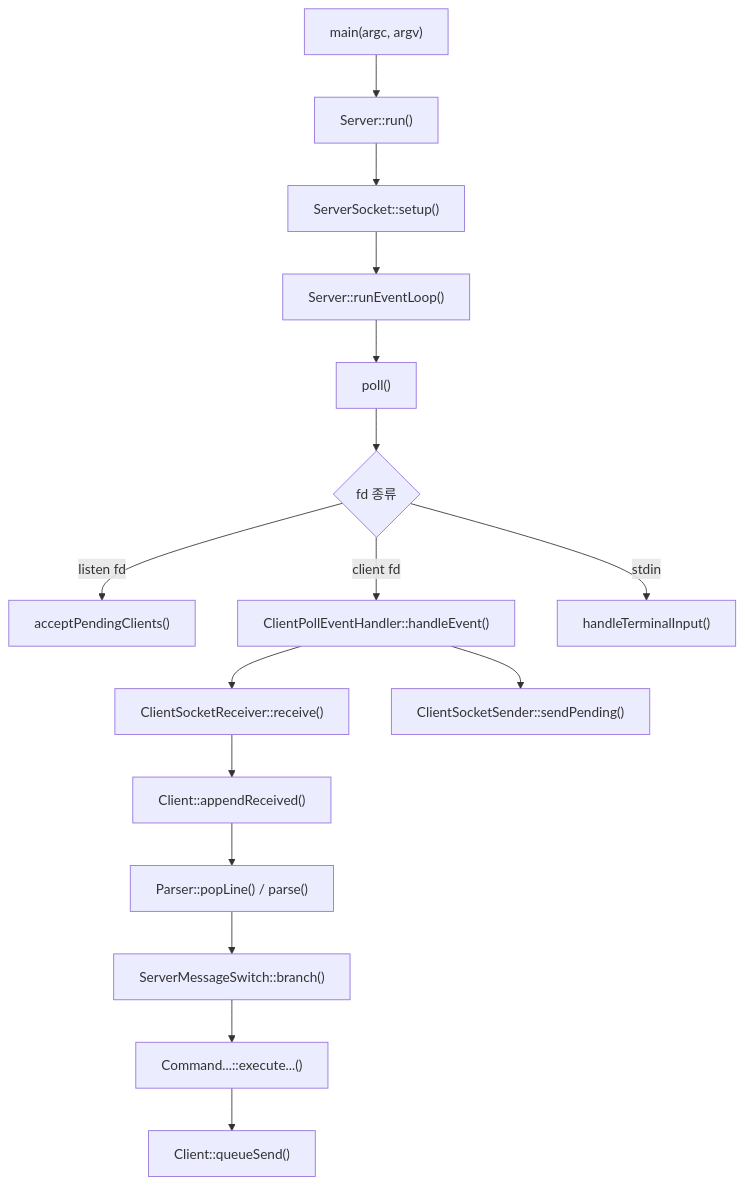
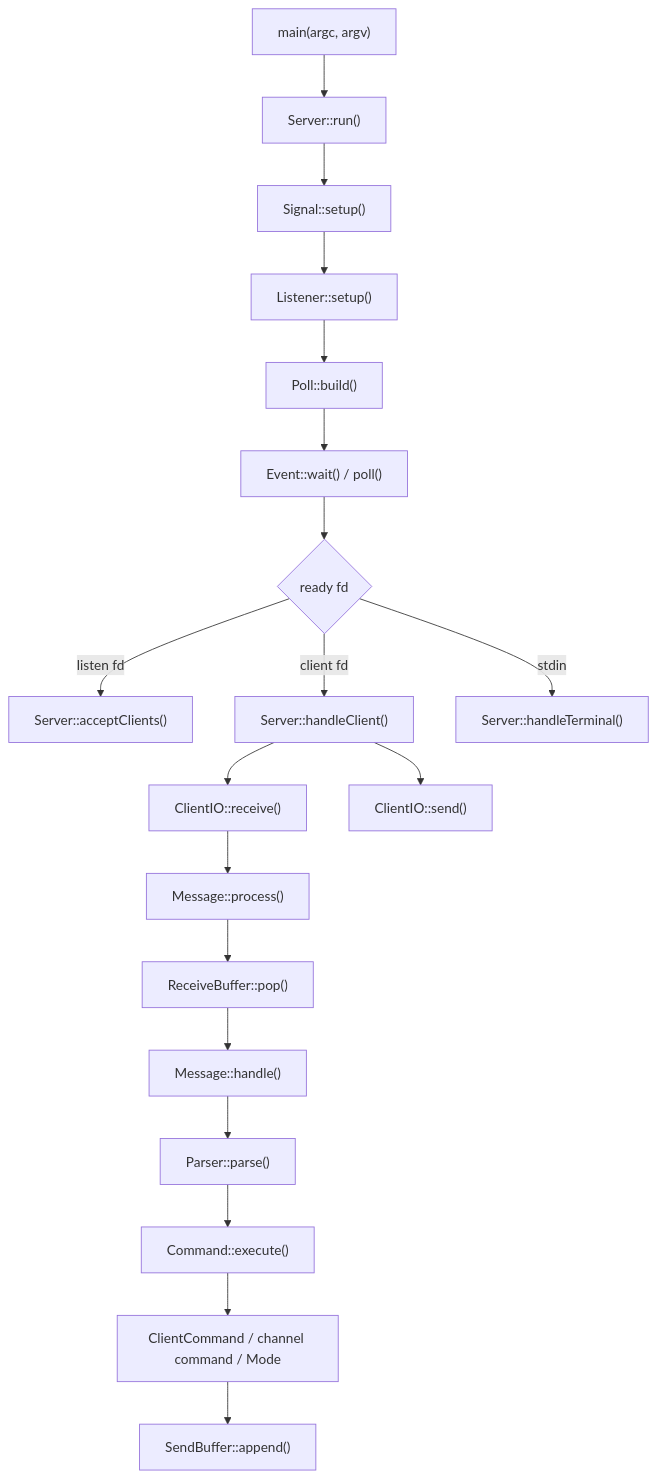
Before and after one commit to LeeBottle/42_ft_irc: the diagram in irc-module-guide.md, drawn with Mermaid. The commit also changed other lines of this file and 113 other files, not shown here.

````diff
--- a/irc-module-guide.md
+++ b/irc-module-guide.md
@@ -43,18 +80,21 @@
 ```mermaid
 flowchart TD
     A["main(argc, argv)"] --> B["Server::run()"]
-    B --> C["ServerSocket::setup()"]
-    C --> D["Server::runEventLoop()"]
-    D --> E["poll()"]
-    E --> F{"fd 종류"}
-    F -->|listen fd| G["acceptPendingClients()"]
-    F -->|client fd| H["ClientPollEventHandler::handleEvent()"]
-    F -->|stdin| I["handleTerminalInput()"]
-    H --> J["ClientSocketReceiver::receive()"]
-    J --> K["Client::appendReceived()"]
-    K --> L["Parser::popLine() / parse()"]
-    L --> M["ServerMessageSwitch::branch()"]
-    M --> N["Command...::execute...()"]
-    N --> O["Client::queueSend()"]
-    H --> P["ClientSocketSender::sendPending()"]
+    B --> C["Signal::setup()"]
+    C --> D["Listener::setup()"]
+    D --> E["Poll::build()"]
+    E --> F["Event::wait() / poll()"]
+    F --> G{"ready fd"}
+    G -->|listen fd| H["Server::acceptClients()"]
+    G -->|client fd| I["Server::handleClient()"]
+    G -->|stdin| J["Server::handleTerminal()"]
+    I --> K["ClientIO::receive()"]
+    K --> L["Message::process()"]
+    L --> M["ReceiveBuffer::pop()"]
+    M --> N["Message::handle()"]
+    N --> O["Parser::parse()"]
+    O --> P["Command::execute()"]
+    P --> Q["ClientCommand / channel command / Mode"]
+    Q --> R["SendBuffer::append()"]
+    I --> S["ClientIO::send()"]
 ```
````
